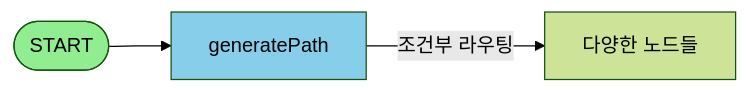
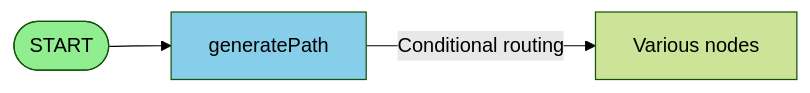
The second of 5 diagrams in apps/agents/open_canvas/README.md (hi-space/open-canvas-bedrock), drawn with Mermaid (forest theme) before and after one commit. The commit also changed other lines of this file and 18 other files, not shown here.

````diff
--- a/apps/agents/open_canvas/README.md
+++ b/apps/agents/open_canvas/README.md
@@ -67,8 +67,8 @@
 ```mermaid
 graph LR
     START([START]) --> generatePath[generatePath]
-    generatePath -->|조건부 라우팅| A[다양한 노드들]
+    generatePath -->|Conditional routing| A[Various nodes]
     
     style START fill:#90EE90
     style generatePath fill:#87CEEB
 ```
````
